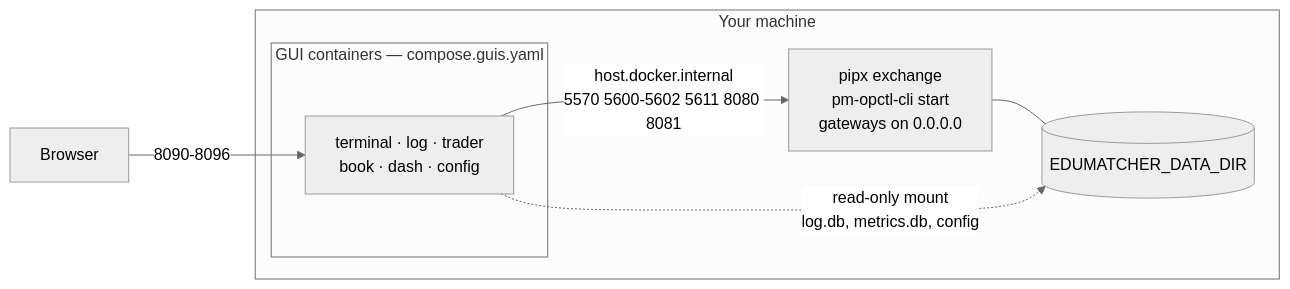
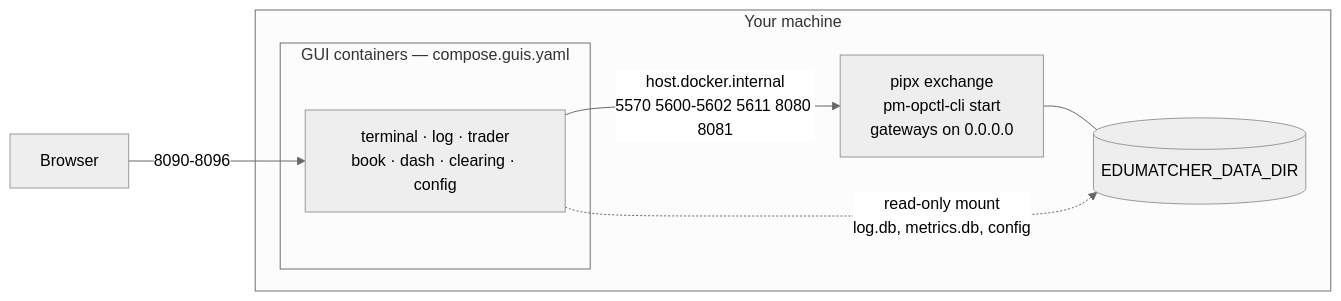
One commit to johan162/EduMatcher changed the third of 3 diagrams in docs/books/operator-guide/part-1-install-and-deploy/010-installation.md. Above: the diagram before and after it, drawn with Mermaid (neutral theme). The commit also changed other lines of this file and 60 other files, not shown here.

````diff
--- a/docs/books/operator-guide/part-1-install-and-deploy/010-installation.md
+++ b/docs/books/operator-guide/part-1-install-and-deploy/010-installation.md
@@ -728,15 +735,15 @@
 ```mermaid
 flowchart LR
     BROWSER["Browser"]
     subgraph host["Your machine"]
         PM["pipx exchange\npm-opctl-cli start\ngateways on 0.0.0.0"]
         DATA[("EDUMATCHER_DATA_DIR")]
         subgraph guis["GUI containers — compose.guis.yaml"]
-            G["terminal · log · trader\nbook · dash · config"]
+            G["terminal · log · trader\nbook · dash · clearing · config"]
         end
     end
     BROWSER -->|"8090-8096"| G
     G -->|"host.docker.internal\n5570 5600-5602 5611 8080 8081"| PM
     PM --- DATA
     G -.->|"read-only mount\nlog.db, metrics.db, config"| DATA
 ```
````
